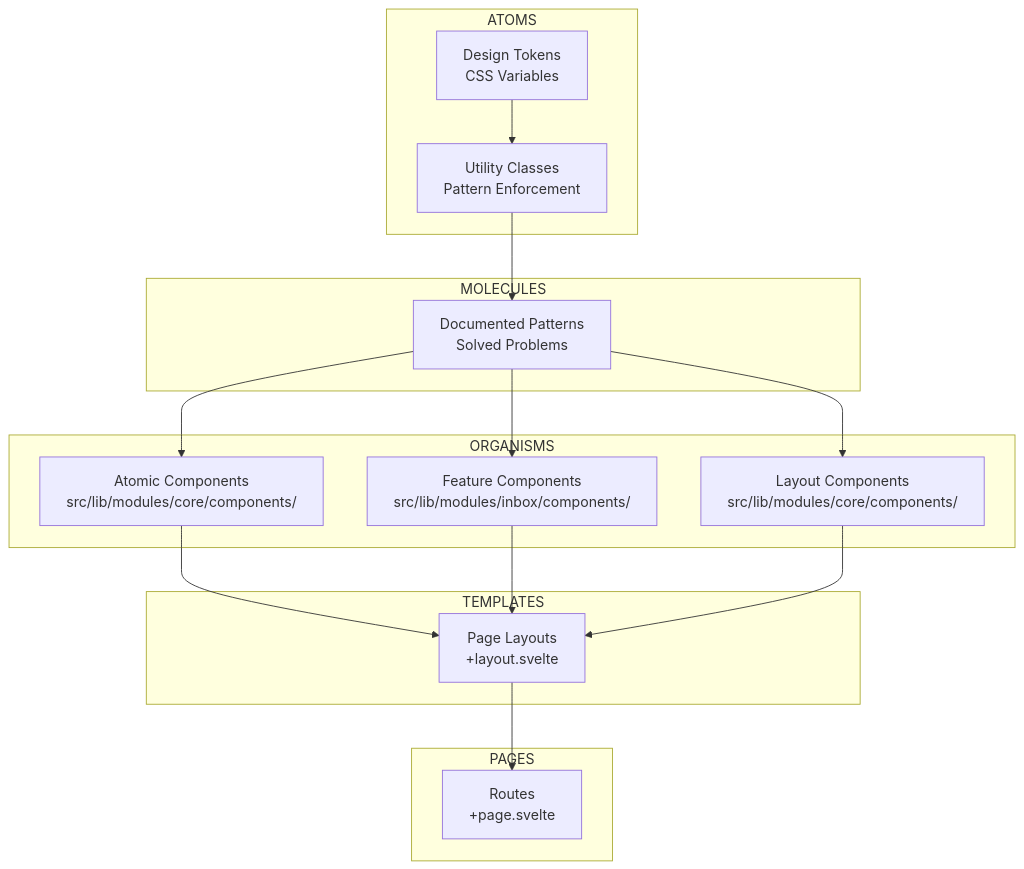
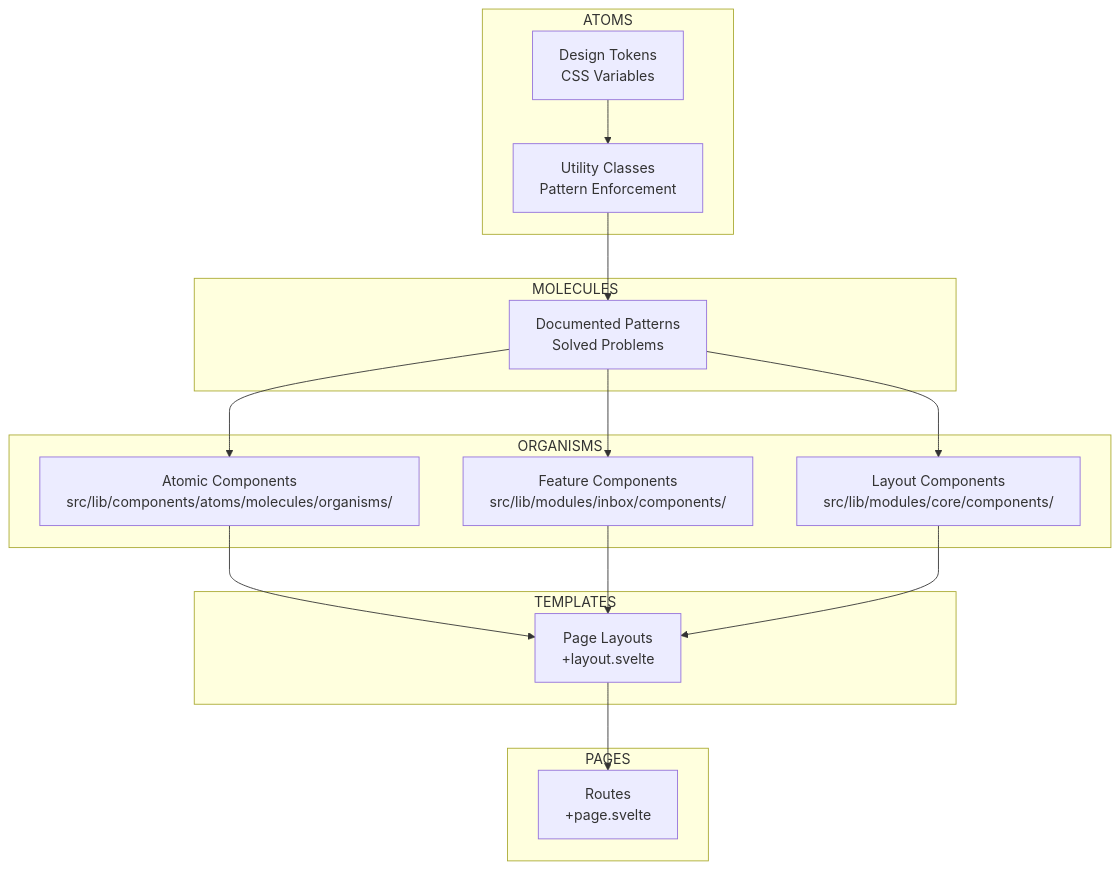
One commit to synergyai-os/Synergy-Open-Source changed the fifth of 8 diagrams in dev-docs/2-areas/architecture/system-architecture.md. Above: the diagram before and after it, drawn with Mermaid. The commit also changed 9 other files, not shown here.

````diff
--- a/dev-docs/2-areas/architecture/system-architecture.md
+++ b/dev-docs/2-areas/architecture/system-architecture.md
@@ -444,35 +444,35 @@
 ```mermaid
 graph TD
     subgraph "ATOMS"
         Tokens[Design Tokens<br/>CSS Variables]
         Utilities[Utility Classes<br/>Pattern Enforcement]
     end
     
     subgraph "MOLECULES"
         Patterns[Documented Patterns<br/>Solved Problems]
     end
     
     subgraph "ORGANISMS"
-        Atomic[Atomic Components<br/>src/lib/modules/core/components/]
+        Atomic[Atomic Components<br/>src/lib/components/atoms/molecules/organisms/]
         Feature[Feature Components<br/>src/lib/modules/inbox/components/]
         Layout[Layout Components<br/>src/lib/modules/core/components/]
     end
     
     subgraph "TEMPLATES"
         PageLayouts[Page Layouts<br/>+layout.svelte]
     end
     
     subgraph "PAGES"
         Routes[Routes<br/>+page.svelte]
     end
     
     Tokens --> Utilities
     Utilities --> Patterns
     Patterns --> Atomic
     Patterns --> Feature
     Patterns --> Layout
     Atomic --> PageLayouts
     Feature --> PageLayouts
     Layout --> PageLayouts
     PageLayouts --> Routes
 ```
````
